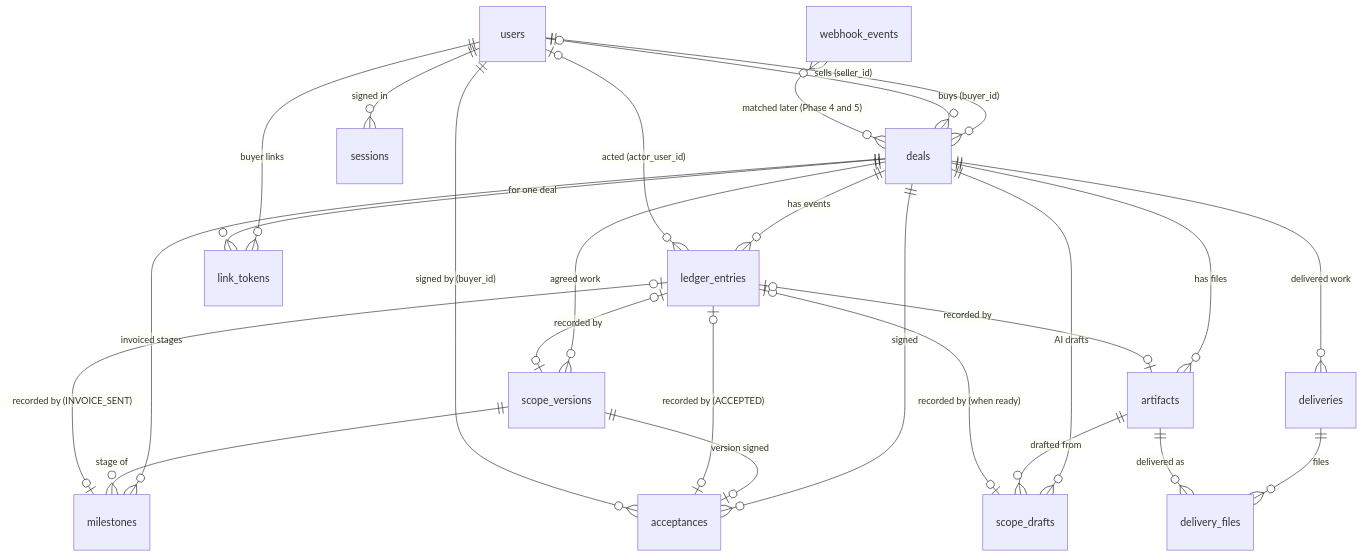
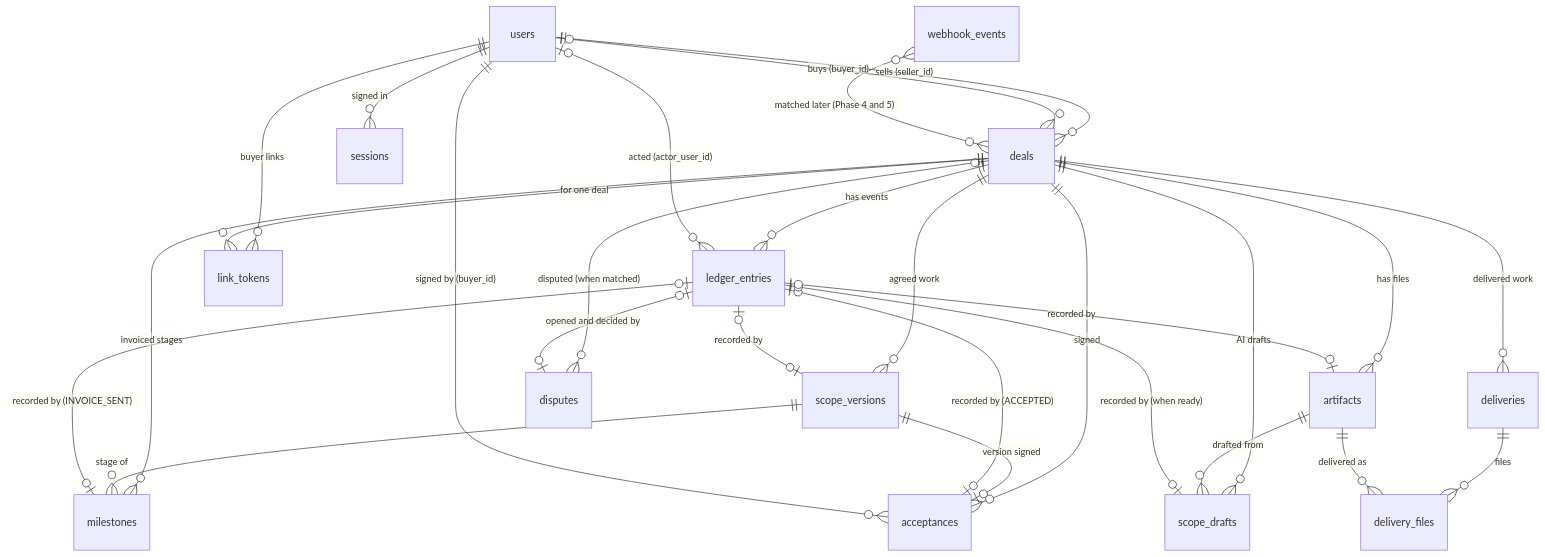
One commit to sushantpatil2899/pactpal changed the diagram in docs/data-model.md. Above: the diagram before and after it, drawn with Mermaid. The commit also changed other lines of this file and 47 other files, not shown here.

````diff
--- a/docs/data-model.md
+++ b/docs/data-model.md
@@ -5,28 +5,30 @@
 ```mermaid
 erDiagram
   users ||--o{ deals : "sells (seller_id)"
   users |o--o{ deals : "buys (buyer_id)"
   deals ||--o{ ledger_entries : "has events"
   users |o--o{ ledger_entries : "acted (actor_user_id)"
   deals ||--o{ scope_versions : "agreed work"
   ledger_entries |o--o| scope_versions : "recorded by"
   deals ||--o{ acceptances : "signed"
   scope_versions ||--o| acceptances : "version signed"
   ledger_entries |o--o| acceptances : "recorded by (ACCEPTED)"
   users ||--o{ acceptances : "signed by (buyer_id)"
   deals ||--o{ milestones : "invoiced stages"
   deals ||--o{ deliveries : "delivered work"
   deliveries ||--o{ delivery_files : "files"
   artifacts ||--o{ delivery_files : "delivered as"
   scope_versions ||--o{ milestones : "stage of"
   ledger_entries |o--o| milestones : "recorded by (INVOICE_SENT)"
   deals ||--o{ artifacts : "has files"
   deals ||--o{ scope_drafts : "AI drafts"
   artifacts ||--o{ scope_drafts : "drafted from"
   ledger_entries |o--o| scope_drafts : "recorded by (when ready)"
   ledger_entries |o--o| artifacts : "recorded by"
   webhook_events }o--o{ deals : "matched later (Phase 4 and 5)"
+  deals |o--o{ disputes : "disputed (when matched)"
+  ledger_entries |o--o| disputes : "opened and decided by"
   users ||--o{ sessions : "signed in"
   users ||--o{ link_tokens : "buyer links"
   deals ||--o{ link_tokens : "for one deal"
 ```
````
